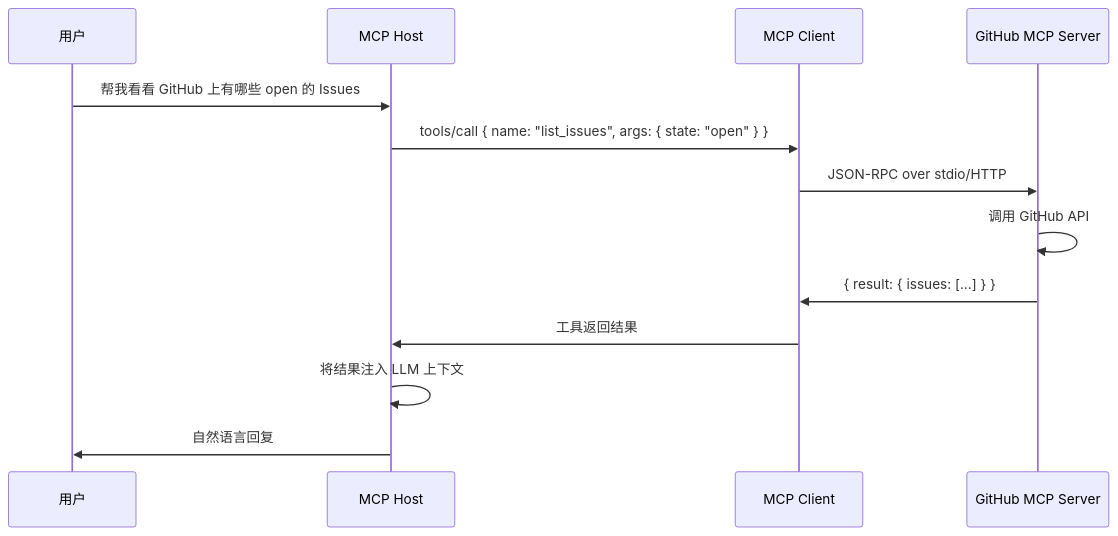
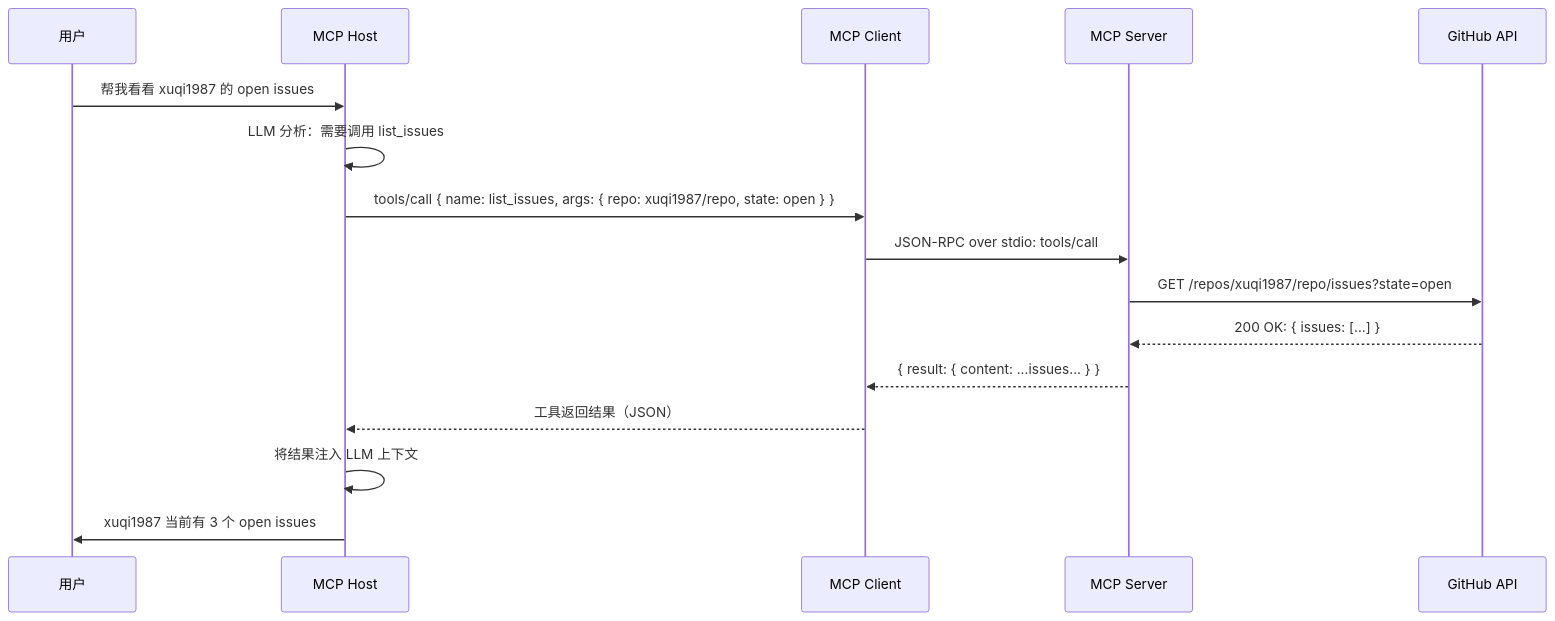
Before and after one commit to xuqi2024/xuqi2024.github.io: the second of 3 diagrams in source/_posts/2026-04-23-mcp-deep-dive.md, drawn with Mermaid. The commit also changed other lines of this file, not shown here.

````diff
--- a/source/_posts/2026-04-23-mcp-deep-dive.md
+++ b/source/_posts/2026-04-23-mcp-deep-dive.md
@@ -104,16 +140,18 @@
 ```mermaid
 sequenceDiagram
     participant U as 用户
     participant H as MCP Host
     participant C as MCP Client
-    participant S as GitHub MCP Server
-    
-    U->>H: 帮我看看 GitHub 上有哪些 open 的 Issues
-    H->>C: tools/call { name: "list_issues", args: { state: "open" } }
-    C->>S: JSON-RPC over stdio/HTTP
-    S->>S: 调用 GitHub API
-    S->>C: { result: { issues: [...] } }
-    C->>H: 工具返回结果
+    participant S as MCP Server
+    participant G as GitHub API
+    U->>H: 帮我看看 xuqi1987 的 open issues
+    H->>H: LLM 分析：需要调用 list_issues
+    H->>C: tools/call { name: list_issues, args: { repo: xuqi1987/repo, state: open } }
+    C->>S: JSON-RPC over stdio: tools/call
+    S->>G: GET /repos/xuqi1987/repo/issues?state=open
+    G-->>S: 200 OK: { issues: [...] }
+    S-->>C: { result: { content: ...issues... } }
+    C-->>H: 工具返回结果（JSON）
     H->>H: 将结果注入 LLM 上下文
-    H->>U: 自然语言回复
+    H->>U: xuqi1987 当前有 3 个 open issues
 ```
````
